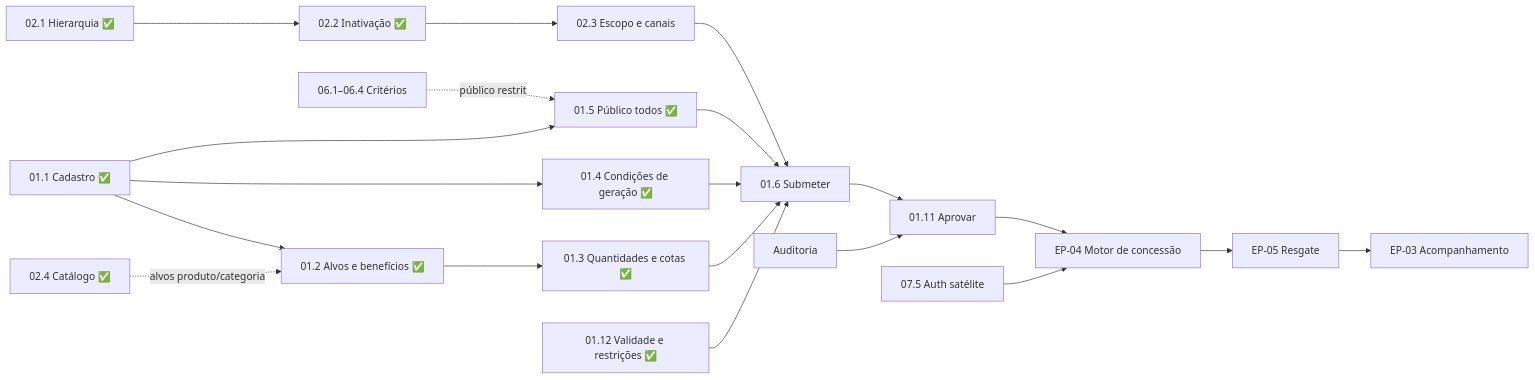
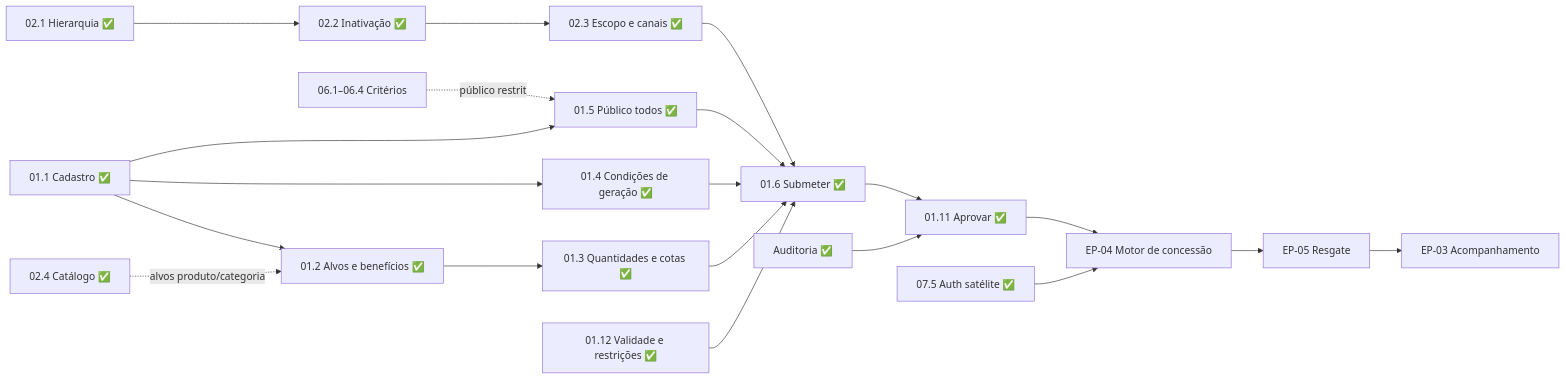
Before and after one commit to squad-30-residencia-iv/backend-api: the diagram in docs/ROADMAP.md, drawn with Mermaid. The commit also changed other lines of this file and 180 other files, not shown here.

````diff
--- a/docs/ROADMAP.md
+++ b/docs/ROADMAP.md
@@ -29,18 +32,18 @@
 ```mermaid
 flowchart LR
     U011["01.1 Cadastro ✅"] --> U012["01.2 Alvos e benefícios ✅"]
     U024["02.4 Catálogo ✅"] -.alvos produto/categoria.-> U012
     U012 --> U013["01.3 Quantidades e cotas ✅"]
     U011 --> U014["01.4 Condições de geração ✅"]
     U011 --> U015["01.5 Público todos ✅"]
     EP06["06.1–06.4 Critérios"] -.público restrito.-> U015
-    U021["02.1 Hierarquia ✅"] --> U022["02.2 Inativação ✅"] --> U023["02.3 Escopo e canais"]
+    U021["02.1 Hierarquia ✅"] --> U022["02.2 Inativação ✅"] --> U023["02.3 Escopo e canais ✅"]
     U0112["01.12 Validade e restrições ✅"]
-    U013 & U014 & U015 & U023 & U0112 --> U016["01.6 Submeter"]
-    U016 --> U0111["01.11 Aprovar"]
-    AUD["Auditoria"] --> U0111
+    U013 & U014 & U015 & U023 & U0112 --> U016["01.6 Submeter ✅"]
+    U016 --> U0111["01.11 Aprovar ✅"]
+    AUD["Auditoria ✅"] --> U0111
     U0111 --> EP04["EP-04 Motor de concessão"]
-    U075["07.5 Auth satélite"] --> EP04
+    U075["07.5 Auth satélite ✅"] --> EP04
     EP04 --> EP05["EP-05 Resgate"]
     EP05 --> EP03["EP-03 Acompanhamento"]
 ```
````
